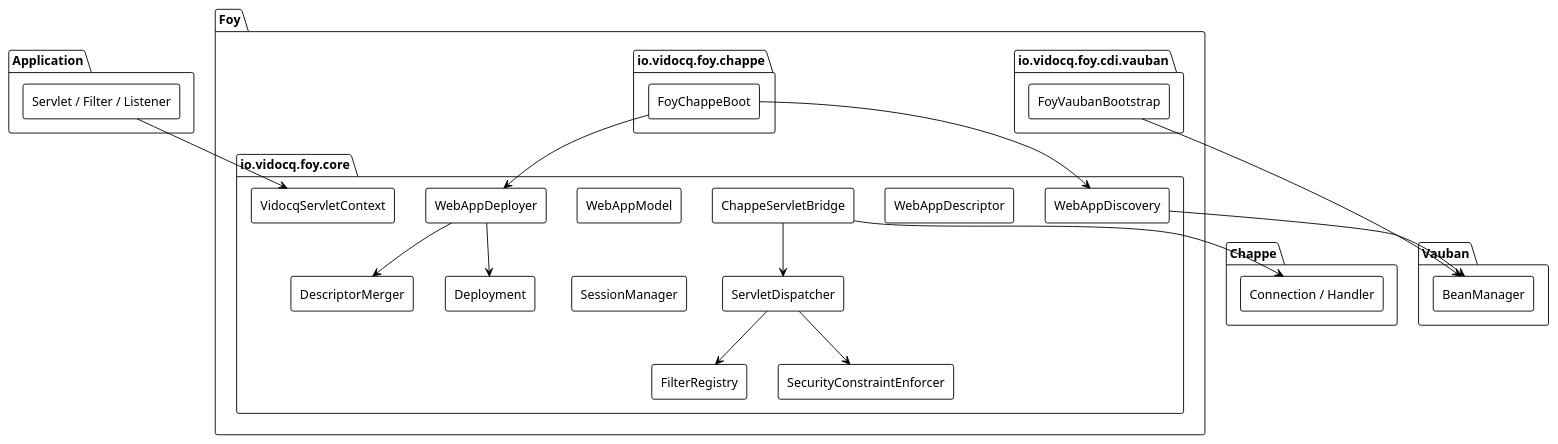
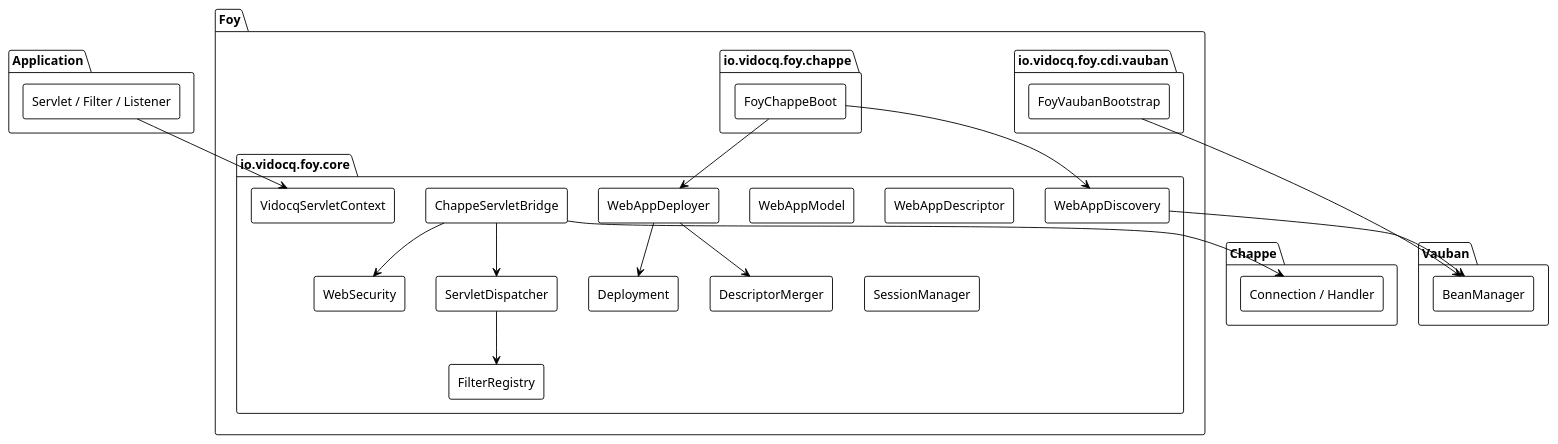
Before and after one commit to vidocq-stack/foy: the first of 3 diagrams in docs/en/modules/ROOT/pages/internals.adoc, drawn with PlantUML. The commit also changed other lines of this file and 12 other files, not shown here.

```diff
--- a/docs/en/modules/ROOT/pages/internals.adoc
+++ b/docs/en/modules/ROOT/pages/internals.adoc
@@ -9,54 +9,54 @@
 [plantuml]
 ....
 @startuml
 !theme plain
 skinparam componentStyle rectangle
 
 package "Application" {
   [Servlet / Filter / Listener] as APP
 }
 
 package "Foy" {
   package "io.vidocq.foy.core" {
     [WebAppDiscovery]
     [WebAppModel]
     [DescriptorMerger]
     [WebAppDeployer]
     [Deployment]
     [WebAppDescriptor]
     [ChappeServletBridge]
     [ServletDispatcher]
     [FilterRegistry]
     [SessionManager]
     [VidocqServletContext]
-    [SecurityConstraintEnforcer]
+    [WebSecurity]
   }
   package "io.vidocq.foy.chappe" {
     [FoyChappeBoot]
   }
   package "io.vidocq.foy.cdi.vauban" {
     [FoyVaubanBootstrap]
   }
 }
 
 package "Chappe" {
   [Connection / Handler]
 }
 
 package "Vauban" {
   [BeanManager]
 }
 
 APP --> [VidocqServletContext]
 [FoyChappeBoot] --> [WebAppDiscovery]
 [WebAppDiscovery] --> [BeanManager]
 [FoyChappeBoot] --> [WebAppDeployer]
 [WebAppDeployer] --> [DescriptorMerger]
 [WebAppDeployer] --> [Deployment]
 [ChappeServletBridge] --> [ServletDispatcher]
 [ServletDispatcher] --> [FilterRegistry]
-[ServletDispatcher] --> [SecurityConstraintEnforcer]
+[ChappeServletBridge] --> [WebSecurity]
 [ChappeServletBridge] --> [Connection / Handler]
 [FoyVaubanBootstrap] --> [BeanManager]
 @enduml
 ....
```
